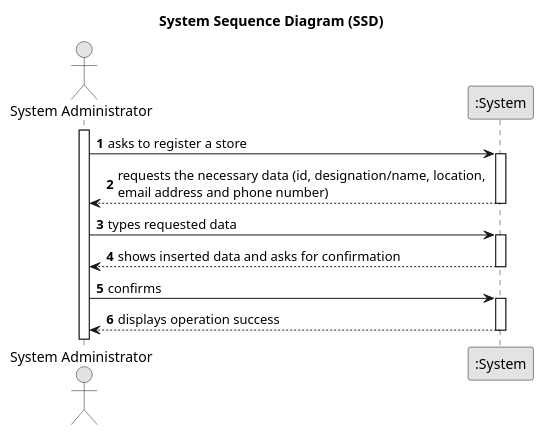
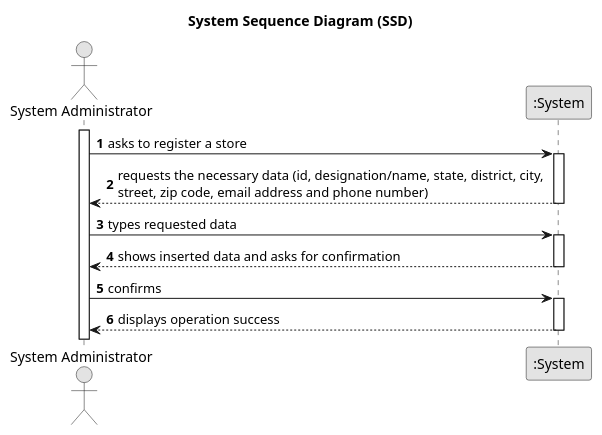
Before and after one commit to PureNimble/ISEP-LAPR2: the diagram in docs/sprintB/US05/01.requirements-engineering/puml/us05-system-sequence-diagram.puml, drawn with PlantUML. The commit also changed 2 other files, not shown here.

```diff
--- a/docs/sprintB/US05/01.requirements-engineering/puml/us05-system-sequence-diagram.puml
+++ b/docs/sprintB/US05/01.requirements-engineering/puml/us05-system-sequence-diagram.puml
@@ -1,33 +1,33 @@
 @startuml
 skinparam monochrome true
 skinparam packageStyle rectangle
 skinparam shadowing false
 
 title System Sequence Diagram (SSD)
 
 autonumber
 
 actor "System Administrator" as Admin
 participant ":System" as System
 
 activate Admin
 
     Admin -> System : asks to register a store
     activate System
 
-        System --> Admin : requests the necessary data (id, designation/name, location, \nemail address and phone number)
+        System --> Admin : requests the necessary data (id, designation/name, state, district, city, \nstreet, zip code, email address and phone number)
     deactivate System
 
     Admin -> System : types requested data
     activate System
 
         System --> Admin : shows inserted data and asks for confirmation
     deactivate System
 
     Admin -> System : confirms
     activate System
 
         System --> Admin : displays operation success
     deactivate System
 
 @enduml
```
